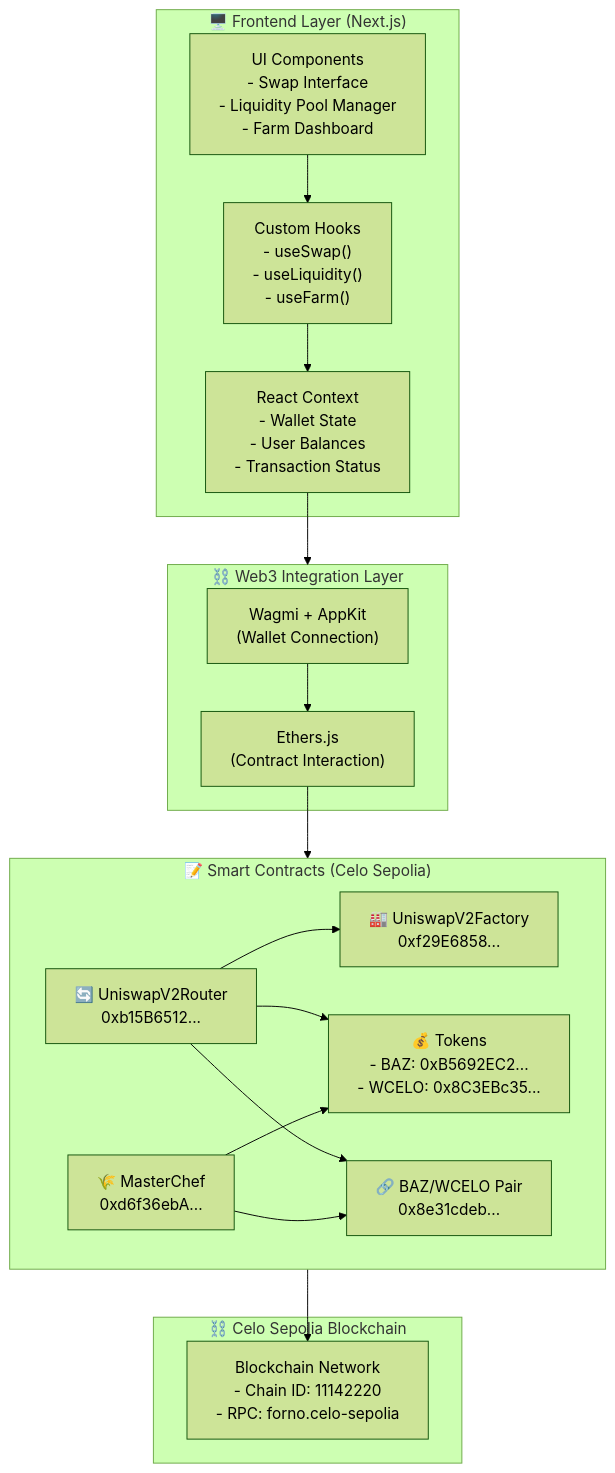
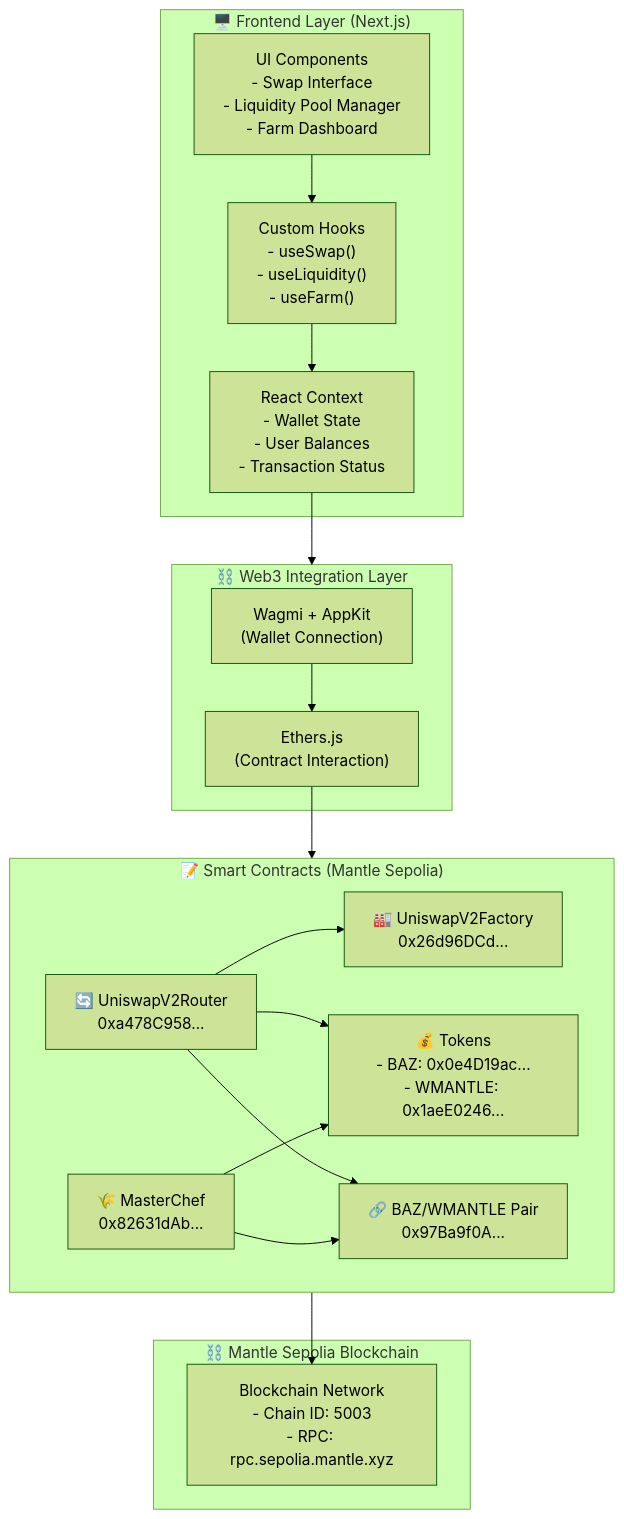
One commit to prithwish122/Bazigr-mantle changed the first of 6 diagrams in README.md. Above: the diagram before and after it, drawn with Mermaid (forest theme). The commit also changed other lines of this file and 2 other files, not shown here.

````diff
--- a/README.md
+++ b/README.md
@@ -36,37 +36,37 @@
 ```mermaid
 graph TB
     subgraph Frontend["🖥️ Frontend Layer (Next.js)"]
         UI["UI Components<br/>- Swap Interface<br/>- Liquidity Pool Manager<br/>- Farm Dashboard"]
         Hooks["Custom Hooks<br/>- useSwap()<br/>- useLiquidity()<br/>- useFarm()"]
         Context["React Context<br/>- Wallet State<br/>- User Balances<br/>- Transaction Status"]
     end
 
     subgraph Web3["⛓️ Web3 Integration Layer"]
         Wagmi["Wagmi + AppKit<br/>(Wallet Connection)"]
         Ethers["Ethers.js<br/>(Contract Interaction)"]
     end
 
-    subgraph Contracts["📝 Smart Contracts (Celo Sepolia)"]
-        Router["🔄 UniswapV2Router<br/>0xb15B6512..."]
-        Factory["🏭 UniswapV2Factory<br/>0xf29E6858..."]
-        MasterChef["🌾 MasterChef<br/>0xd6f36ebA..."]
-        Tokens["💰 Tokens<br/>- BAZ: 0xB5692EC2...<br/>- WCELO: 0x8C3EBc35..."]
-        Pair["🔗 BAZ/WCELO Pair<br/>0x8e31cdeb..."]
+    subgraph Contracts["📝 Smart Contracts (Mantle Sepolia)"]
+        Router["🔄 UniswapV2Router<br/>0xa478C958..."]
+        Factory["🏭 UniswapV2Factory<br/>0x26d96DCd..."]
+        MasterChef["🌾 MasterChef<br/>0x82631dAb..."]
+        Tokens["💰 Tokens<br/>- BAZ: 0x0e4D19ac...<br/>- WMANTLE: 0x1aeE0246..."]
+        Pair["🔗 BAZ/WMANTLE Pair<br/>0x97Ba9f0A..."]
     end
 
-    subgraph Blockchain["⛓️ Celo Sepolia Blockchain"]
-        Chain["Blockchain Network<br/>- Chain ID: 11142220<br/>- RPC: forno.celo-sepolia"]
+    subgraph Blockchain["⛓️ Mantle Sepolia Blockchain"]
+        Chain["Blockchain Network<br/>- Chain ID: 5003<br/>- RPC: rpc.sepolia.mantle.xyz"]
     end
 
     UI --> Hooks
     Hooks --> Context
     Context --> Web3
     Wagmi --> Ethers
     Ethers --> Contracts
     Router --> Factory
     Router --> Tokens
     Router --> Pair
     MasterChef --> Tokens
     MasterChef --> Pair
     Contracts --> Chain
 ```
````
